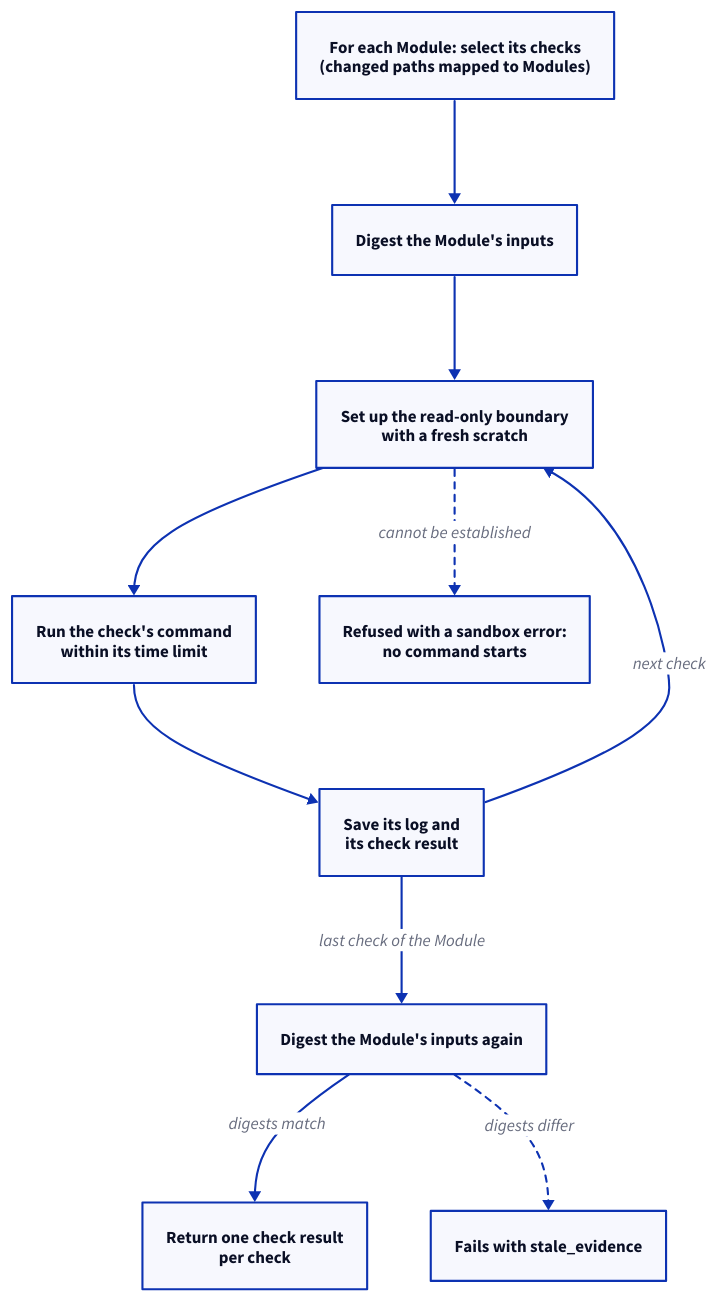
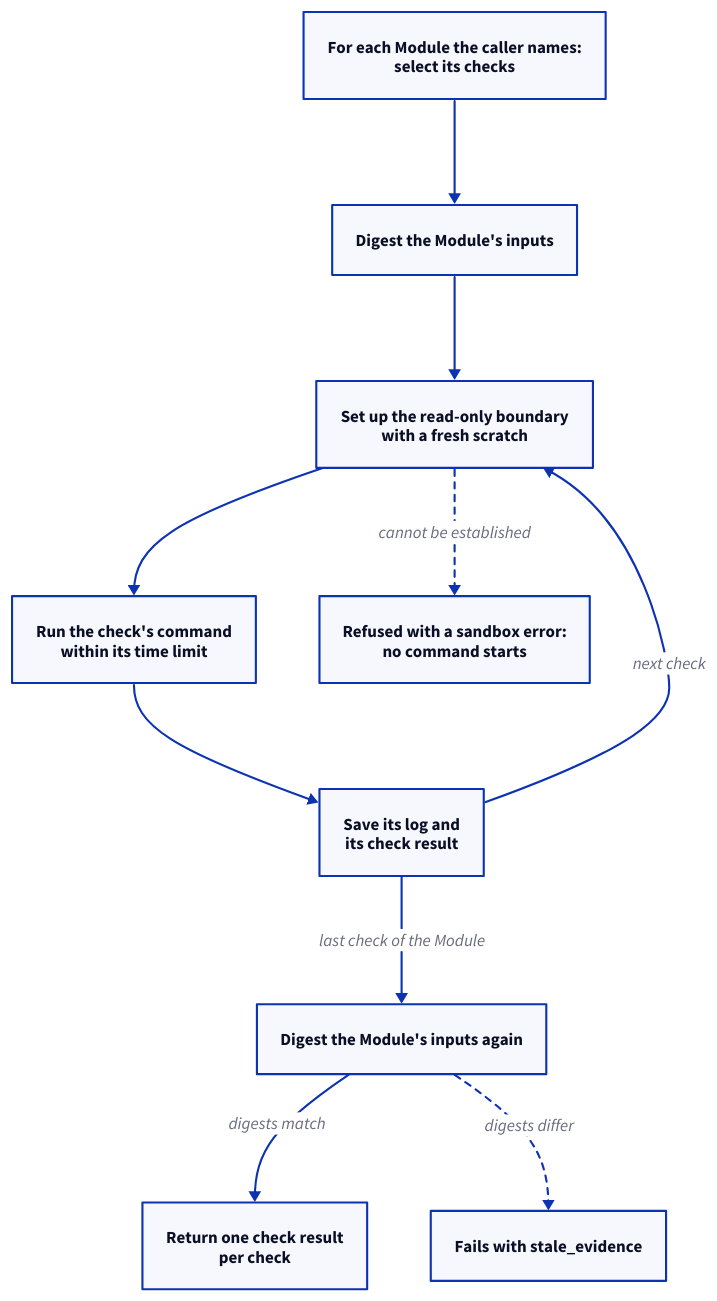
The second of 3 diagrams in specs/concorde/execution/checks/module.md (FTOD/concorde), drawn with D2 before and after one commit. The commit also changed other lines of this file and 109 other files, not shown here.

````diff
--- a/specs/concorde/execution/checks/module.md
+++ b/specs/concorde/execution/checks/module.md
@@ -140,18 +140,18 @@
 ```d2 illustrative
 direction: down
-select: "For each Module: select its checks\n(changed paths mapped to Modules)"
+select: "For each Module the caller names:\nselect its checks"
 before: "Digest the Module's inputs"
 boundary: "Set up the read-only boundary\nwith a fresh scratch"
 run: "Run the check's command\nwithin its time limit"
 logs: "Save its log and\nits check result"
 after: "Digest the Module's inputs again"
 result: "Return one check result\nper check"
 refused: "Refused with a sandbox error:\nno command starts"
 stale: "Fails with stale_evidence"
 select -> before -> boundary -> run -> logs
 logs -> boundary: "next check"
 logs -> after: "last check of the Module"
 after -> result: "digests match"
 after -> stale: "digests differ" {style.stroke-dash: 3}
 boundary -> refused: "cannot be established" {style.stroke-dash: 3}
 ```
````
